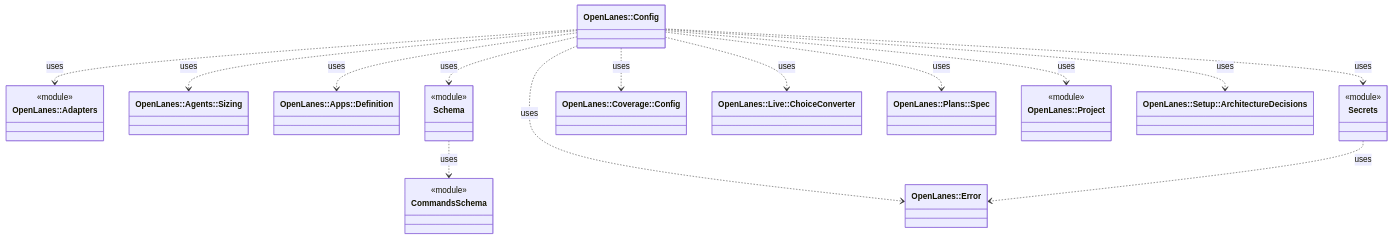
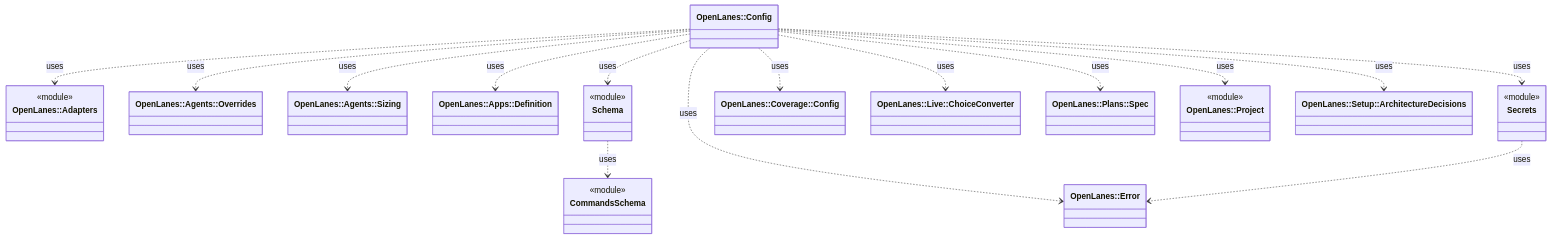
One commit to kigster/openlanes changed the diagram in docs/architecture/openlanes-config.md. Above: the diagram before and after it, drawn with Mermaid. The commit also changed 54 other files, not shown here.

````diff
--- a/docs/architecture/openlanes-config.md
+++ b/docs/architecture/openlanes-config.md
@@ -5,34 +5,36 @@
 ```mermaid
 classDiagram
   class OpenLanes__Adapters["OpenLanes::Adapters"]
   <<module>> OpenLanes__Adapters
+  class OpenLanes__Agents__Overrides["OpenLanes::Agents::Overrides"]
   class OpenLanes__Agents__Sizing["OpenLanes::Agents::Sizing"]
   class OpenLanes__Apps__Definition["OpenLanes::Apps::Definition"]
   class OpenLanes__Config["OpenLanes::Config"]
   class OpenLanes__Config__CommandsSchema["CommandsSchema"]
   <<module>> OpenLanes__Config__CommandsSchema
   class OpenLanes__Config__Schema["Schema"]
   <<module>> OpenLanes__Config__Schema
   class OpenLanes__Config__Secrets["Secrets"]
   <<module>> OpenLanes__Config__Secrets
   class OpenLanes__Coverage__Config["OpenLanes::Coverage::Config"]
   class OpenLanes__Error["OpenLanes::Error"]
   class OpenLanes__Live__ChoiceConverter["OpenLanes::Live::ChoiceConverter"]
   class OpenLanes__Plans__Spec["OpenLanes::Plans::Spec"]
   class OpenLanes__Project["OpenLanes::Project"]
   <<module>> OpenLanes__Project
   class OpenLanes__Setup__ArchitectureDecisions["OpenLanes::Setup::ArchitectureDecisions"]
   OpenLanes__Config ..> OpenLanes__Adapters : uses
+  OpenLanes__Config ..> OpenLanes__Agents__Overrides : uses
   OpenLanes__Config ..> OpenLanes__Agents__Sizing : uses
   OpenLanes__Config ..> OpenLanes__Apps__Definition : uses
   OpenLanes__Config ..> OpenLanes__Config__Schema : uses
   OpenLanes__Config ..> OpenLanes__Config__Secrets : uses
   OpenLanes__Config ..> OpenLanes__Coverage__Config : uses
   OpenLanes__Config ..> OpenLanes__Error : uses
   OpenLanes__Config ..> OpenLanes__Live__ChoiceConverter : uses
   OpenLanes__Config ..> OpenLanes__Plans__Spec : uses
   OpenLanes__Config ..> OpenLanes__Project : uses
   OpenLanes__Config ..> OpenLanes__Setup__ArchitectureDecisions : uses
   OpenLanes__Config__Schema ..> OpenLanes__Config__CommandsSchema : uses
   OpenLanes__Config__Secrets ..> OpenLanes__Error : uses
 ```
````
